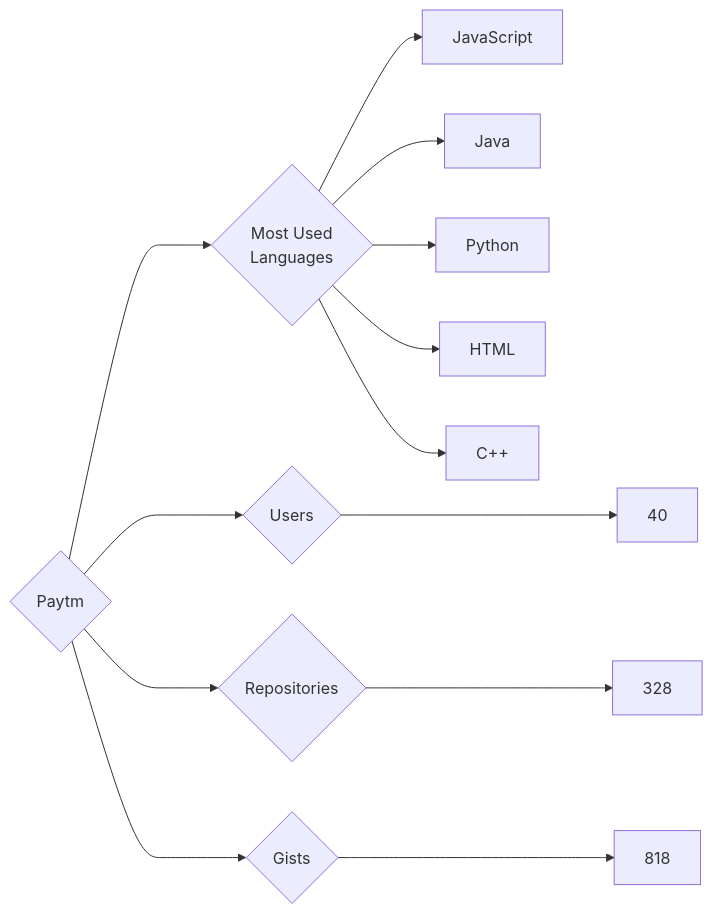
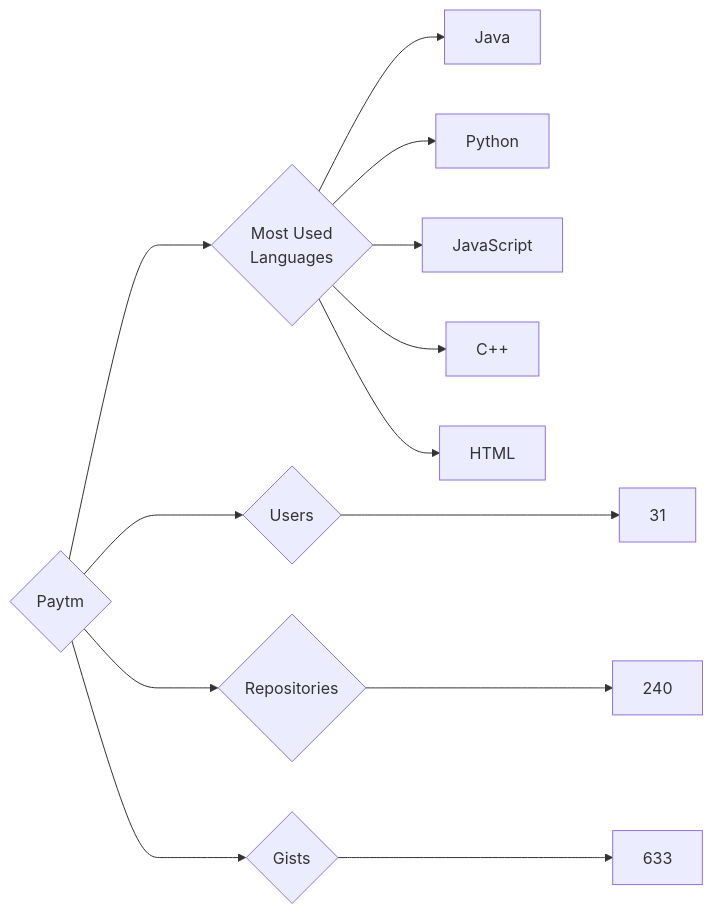
The diagram in targets/Paytm/README.md (trickest/insiders), drawn with Mermaid before and after one commit. The commit also changed 677 other files, not shown here.

````diff
--- a/targets/Paytm/README.md
+++ b/targets/Paytm/README.md
@@ -3,13 +3,13 @@
 ```mermaid
 graph LR
 COMPANY_NAME{Paytm}
-COMPANY_NAME ---> U{Users} ---> UN[40]
-COMPANY_NAME ---> R{Repositories} ---> RN[328]
-COMPANY_NAME ---> G{Gists} ---> GN[818]
+COMPANY_NAME ---> U{Users} ---> UN[31]
+COMPANY_NAME ---> R{Repositories} ---> RN[240]
+COMPANY_NAME ---> G{Gists} ---> GN[633]
 COMPANY_NAME ---> ML{Most Used<br>Languages}
-ML --> JavaScript[JavaScript]
 ML --> Java[Java]
 ML --> Python[Python]
+ML --> JavaScript[JavaScript]
+ML --> C++[C++]
 ML --> HTML[HTML]
-ML --> C++[C++]
 ```
````
